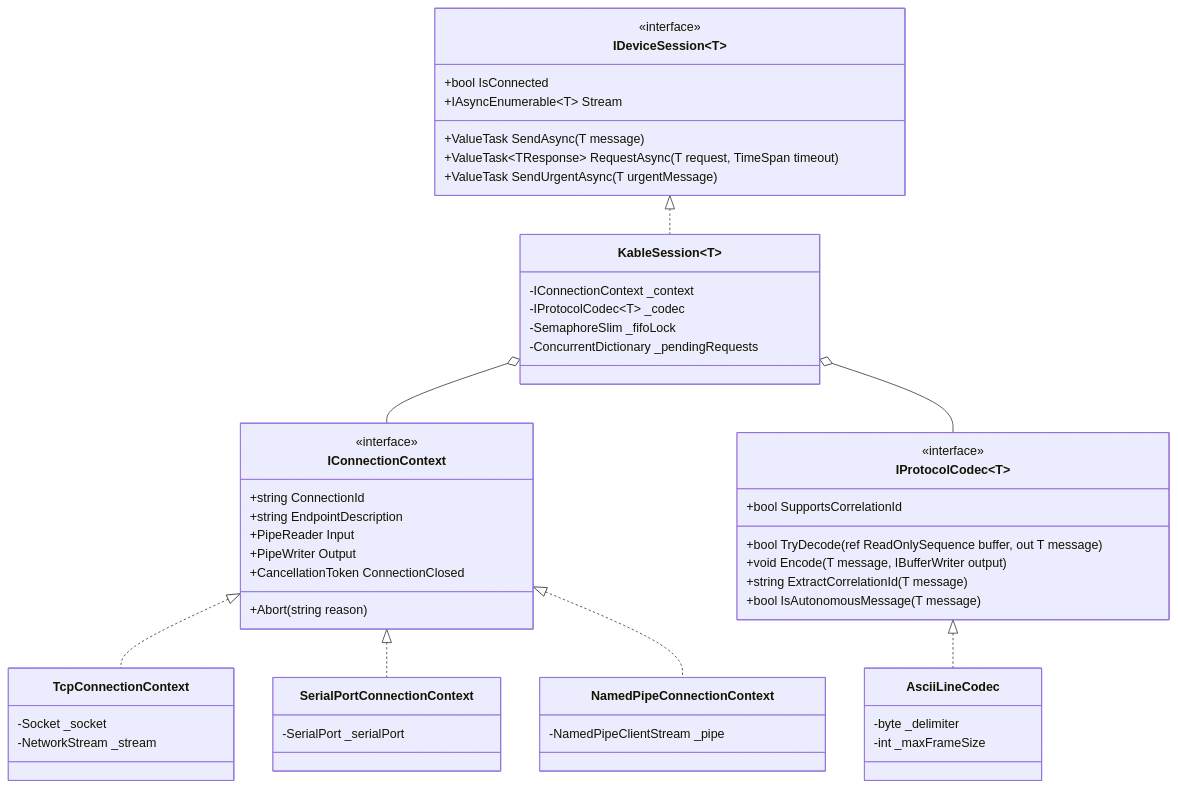
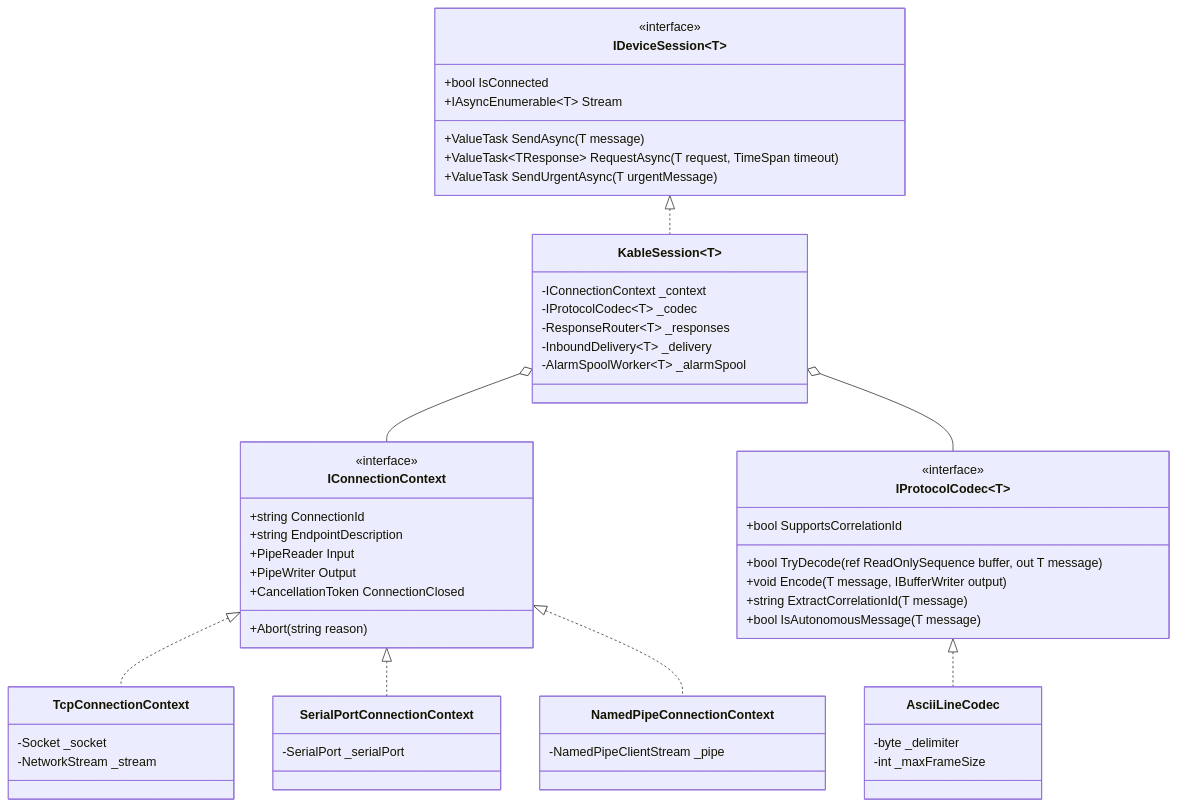
The diagram in docs/en/01_ARCHITECTURE_OVERVIEW.md (Johnny-HW/Kable), drawn with Mermaid before and after one commit. The commit also changed 12 other files, not shown here.

````diff
--- a/docs/en/01_ARCHITECTURE_OVERVIEW.md
+++ b/docs/en/01_ARCHITECTURE_OVERVIEW.md
@@ -74,60 +74,61 @@
 ```mermaid
 classDiagram
     %% Transport Layer
     class IConnectionContext {
         <<interface>>
         +string ConnectionId
         +string EndpointDescription
         +PipeReader Input
         +PipeWriter Output
         +CancellationToken ConnectionClosed
         +Abort(string reason)
     }
     class TcpConnectionContext {
         -Socket _socket
         -NetworkStream _stream
     }
     class SerialPortConnectionContext {
         -SerialPort _serialPort
     }
     class NamedPipeConnectionContext {
         -NamedPipeClientStream _pipe
     }
     IConnectionContext <|.. TcpConnectionContext
     IConnectionContext <|.. SerialPortConnectionContext
     IConnectionContext <|.. NamedPipeConnectionContext
 
     %% Codec Layer
     class IProtocolCodec~T~ {
         <<interface>>
         +bool SupportsCorrelationId
         +bool TryDecode(ref ReadOnlySequence buffer, out T message)
         +void Encode(T message, IBufferWriter output)
         +string ExtractCorrelationId(T message)
         +bool IsAutonomousMessage(T message)
     }
     class AsciiLineCodec {
         -byte _delimiter
         -int _maxFrameSize
     }
     IProtocolCodec <|.. AsciiLineCodec
 
     %% Session Layer
     class IDeviceSession~T~ {
         <<interface>>
         +bool IsConnected
         +IAsyncEnumerable~T~ Stream
         +ValueTask SendAsync(T message)
         +ValueTask~TResponse~ RequestAsync(T request, TimeSpan timeout)
         +ValueTask SendUrgentAsync(T urgentMessage)
     }
     class KableSession~T~ {
         -IConnectionContext _context
         -IProtocolCodec~T~ _codec
-        -SemaphoreSlim _fifoLock
-        -ConcurrentDictionary _pendingRequests
+        -ResponseRouter~T~ _responses
+        -InboundDelivery~T~ _delivery
+        -AlarmSpoolWorker~T~ _alarmSpool
     }
     IDeviceSession <|.. KableSession
     KableSession o-- IConnectionContext
     KableSession o-- IProtocolCodec
 ```
````
